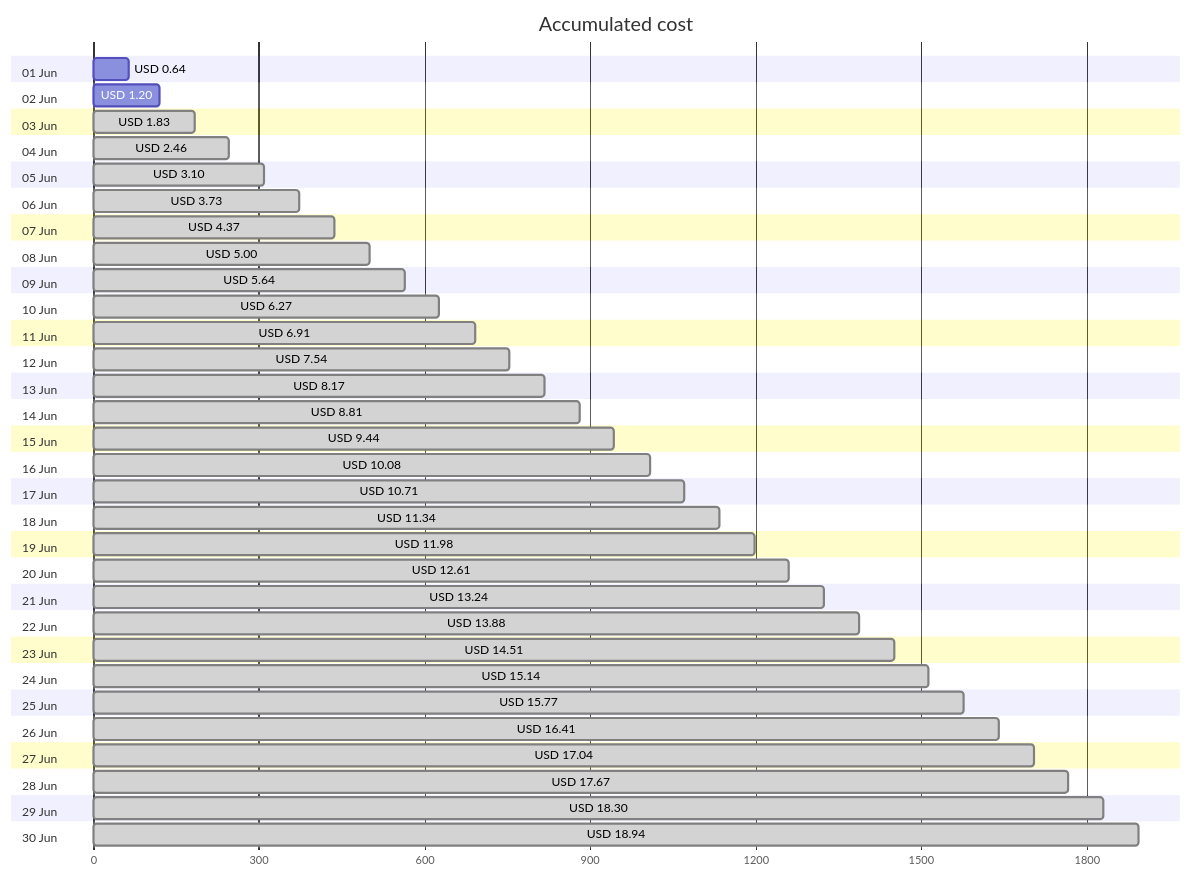
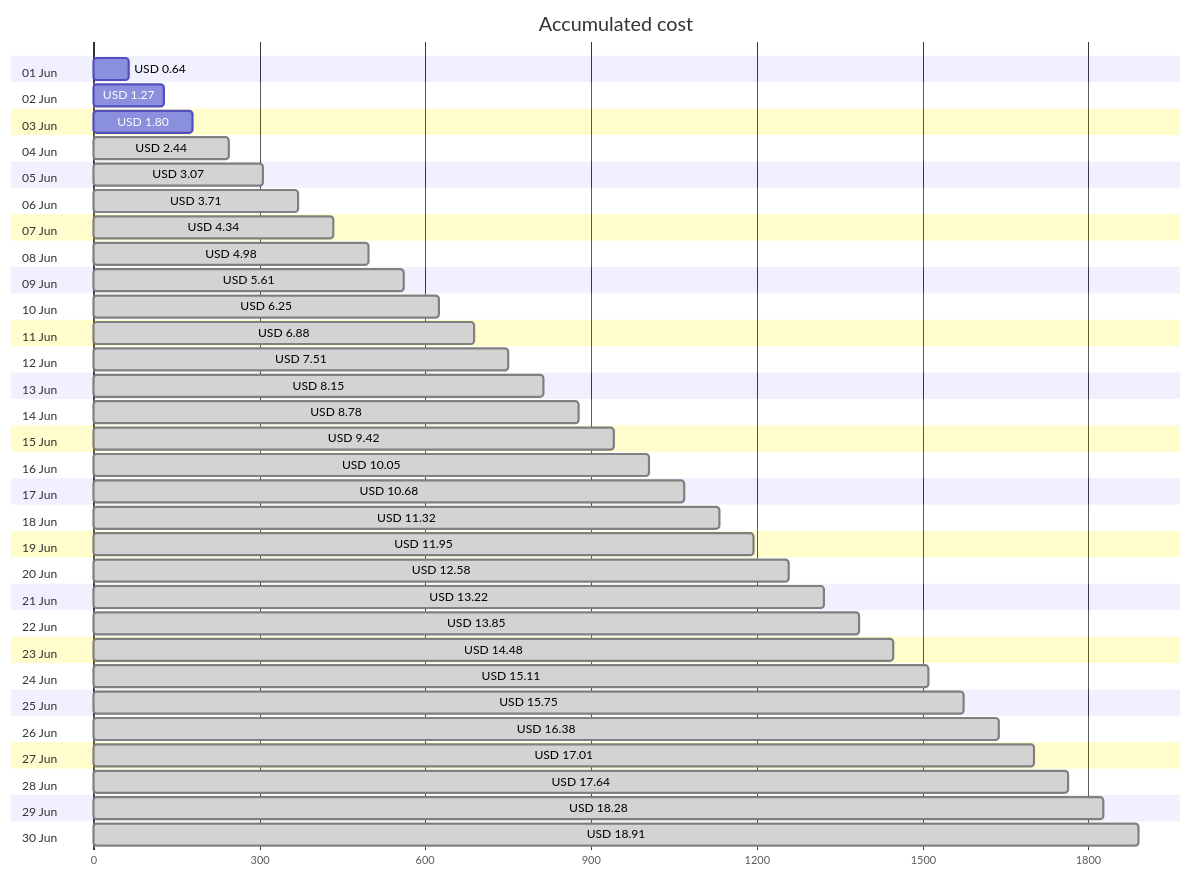
Before and after one commit to jpfulton/azure-personal-reports: the first of 4 diagrams in cost-reports/accumulated-cost.md, drawn with Mermaid. The commit also changed other lines of this file and 4 other files, not shown here.

````diff
--- a/cost-reports/accumulated-cost.md
+++ b/cost-reports/accumulated-cost.md
@@ -20,66 +20,66 @@
 ```mermaid
 gantt
    title Accumulated cost
    dateFormat  X
    axisFormat %s
    section 01 Jun
    USD 0.64 :0, 64
    section 02 Jun
-   USD 1.20 :0, 120
+   USD 1.27 :0, 127
    section 03 Jun
-   USD 1.83 : done, 0, 183
+   USD 1.80 :0, 180
    section 04 Jun
-   USD 2.46 : done, 0, 246
+   USD 2.44 : done, 0, 244
    section 05 Jun
-   USD 3.10 : done, 0, 310
+   USD 3.07 : done, 0, 307
    section 06 Jun
-   USD 3.73 : done, 0, 373
+   USD 3.71 : done, 0, 371
    section 07 Jun
-   USD 4.37 : done, 0, 437
+   USD 4.34 : done, 0, 434
    section 08 Jun
-   USD 5.00 : done, 0, 500
+   USD 4.98 : done, 0, 498
    section 09 Jun
-   USD 5.64 : done, 0, 564
+   USD 5.61 : done, 0, 561
    section 10 Jun
-   USD 6.27 : done, 0, 627
+   USD 6.25 : done, 0, 625
    section 11 Jun
-   USD 6.91 : done, 0, 691
+   USD 6.88 : done, 0, 688
    section 12 Jun
-   USD 7.54 : done, 0, 754
+   USD 7.51 : done, 0, 751
    section 13 Jun
-   USD 8.17 : done, 0, 817
+   USD 8.15 : done, 0, 815
    section 14 Jun
-   USD 8.81 : done, 0, 881
+   USD 8.78 : done, 0, 878
    section 15 Jun
-   USD 9.44 : done, 0, 944
+   USD 9.42 : done, 0, 942
    section 16 Jun
-   USD 10.08 : done, 0, 1008
+   USD 10.05 : done, 0, 1005
    section 17 Jun
-   USD 10.71 : done, 0, 1071
+   USD 10.68 : done, 0, 1068
    section 18 Jun
-   USD 11.34 : done, 0, 1134
+   USD 11.32 : done, 0, 1132
    section 19 Jun
-   USD 11.98 : done, 0, 1198
+   USD 11.95 : done, 0, 1195
    section 20 Jun
-   USD 12.61 : done, 0, 1261
+   USD 12.58 : done, 0, 1258
    section 21 Jun
-   USD 13.24 : done, 0, 1324
+   USD 13.22 : done, 0, 1322
    section 22 Jun
-   USD 13.88 : done, 0, 1388
+   USD 13.85 : done, 0, 1385
    section 23 Jun
-   USD 14.51 : done, 0, 1451
+   USD 14.48 : done, 0, 1448
    section 24 Jun
-   USD 15.14 : done, 0, 1514
+   USD 15.11 : done, 0, 1511
    section 25 Jun
-   USD 15.77 : done, 0, 1577
+   USD 15.75 : done, 0, 1575
    section 26 Jun
-   USD 16.41 : done, 0, 1641
+   USD 16.38 : done, 0, 1638
    section 27 Jun
-   USD 17.04 : done, 0, 1704
+   USD 17.01 : done, 0, 1701
    section 28 Jun
-   USD 17.67 : done, 0, 1767
+   USD 17.64 : done, 0, 1764
    section 29 Jun
-   USD 18.30 : done, 0, 1830
+   USD 18.28 : done, 0, 1828
    section 30 Jun
-   USD 18.94 : done, 0, 1894
+   USD 18.91 : done, 0, 1891
 ```
````
